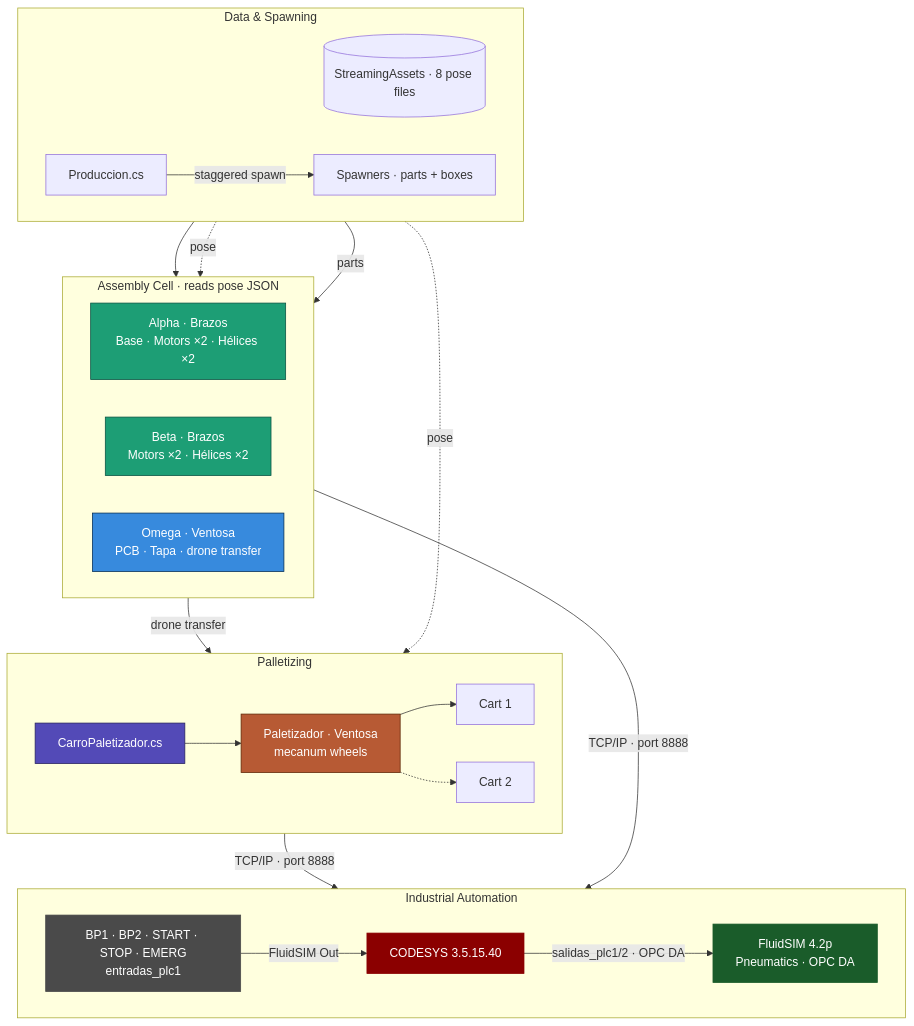
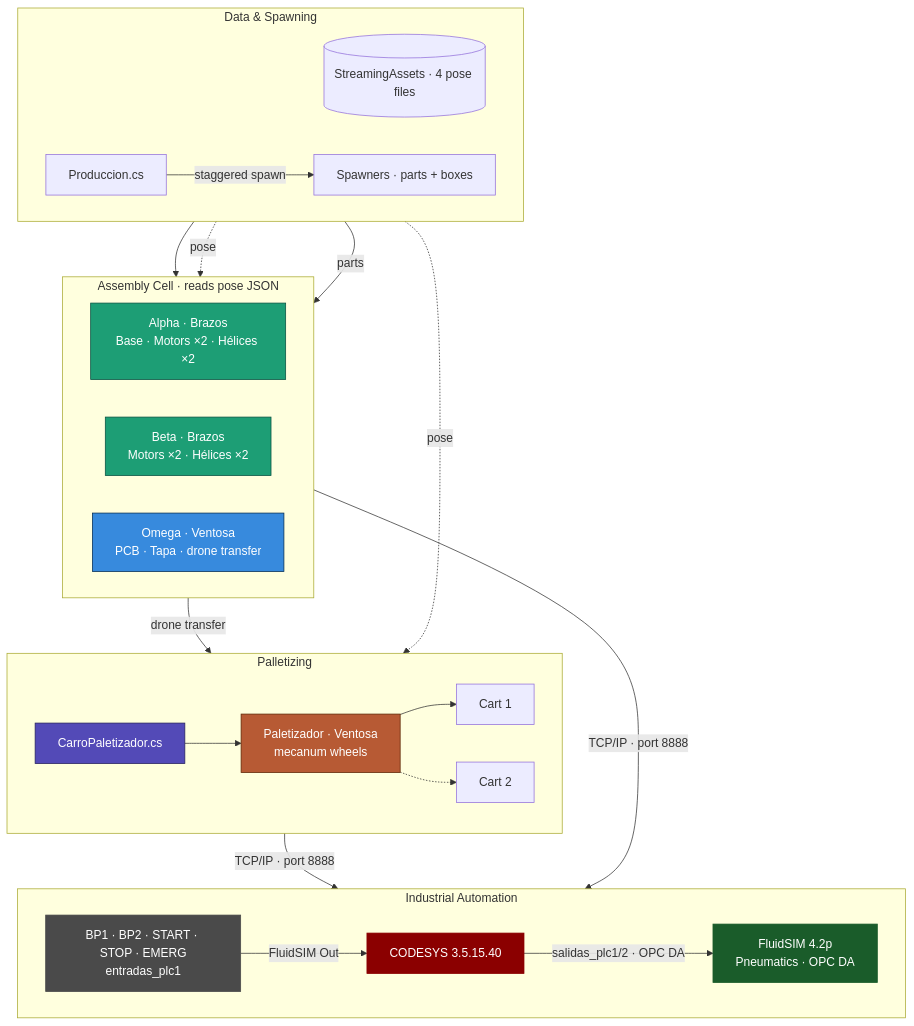
One commit to jorgefajardom-coder/drone-packaging-simulation-unity changed the fourth of 16 diagrams in README.md. Above: the diagram before and after it, drawn with Mermaid. The commit also changed other lines of this file, not shown here.

````diff
--- a/README.md
+++ b/README.md
@@ -359,50 +363,50 @@
 ```mermaid
 graph TB
     subgraph DATA["Data & Spawning"]
         direction LR
-        JF[(StreamingAssets · 8 pose files)]
+        JF[(StreamingAssets · 4 pose files)]
         SP["Spawners · parts + boxes"]
         P["Produccion.cs"] -->|staggered spawn| SP
     end
 
     subgraph CELL["Assembly Cell  ·  reads pose JSON"]
         direction LR
         B1["Alpha · Brazos\nBase · Motors ×2 · Hélices ×2"]
         B2["Beta · Brazos\nMotors ×2 · Hélices ×2"]
         B3["Omega · Ventosa\nPCB · Tapa · drone transfer"]
     end
 
     subgraph PAL["Palletizing"]
         direction LR
         CARRO["CarroPaletizador.cs"]
         B4["Paletizador · Ventosa\nmecanum wheels"]
         CARRO --> B4
         B4 --> C1["Cart 1"]
         B4 -.-> C2["Cart 2"]
     end
 
     subgraph AUTO["Industrial Automation"]
         direction LR
         PLC["CODESYS 3.5.15.40"]
         OPC["FluidSIM 4.2p\nPneumatics · OPC DA"]
         HW["BP1 · BP2 · START · STOP · EMERG\nentradas_plc1"]
         PLC -->|"salidas_plc1/2 · OPC DA"| OPC
         HW -->|"FluidSIM Out"| PLC
     end
 
     DATA --> CELL
     JF -. pose .-> CELL
     JF -. pose .-> PAL
     SP -->|parts| CELL
     B3 -->|"drone transfer"| B4
     B3 & B4 -->|"TCP/IP · port 8888"| PLC
 
     style B1   fill:#1D9E75,stroke:#085041,color:#fff
     style B2   fill:#1D9E75,stroke:#085041,color:#fff
     style B3   fill:#378ADD,stroke:#042C53,color:#fff
     style B4   fill:#B75A34,stroke:#5C2506,color:#fff
     style CARRO fill:#534AB7,stroke:#26215C,color:#fff
     style PLC  fill:#8b0000,color:#fff,stroke:#8b0000
     style OPC  fill:#1a5c2a,color:#fff,stroke:#1a5c2a
     style HW   fill:#4a4a4a,color:#fff,stroke:#4a4a4a
 ```
````
